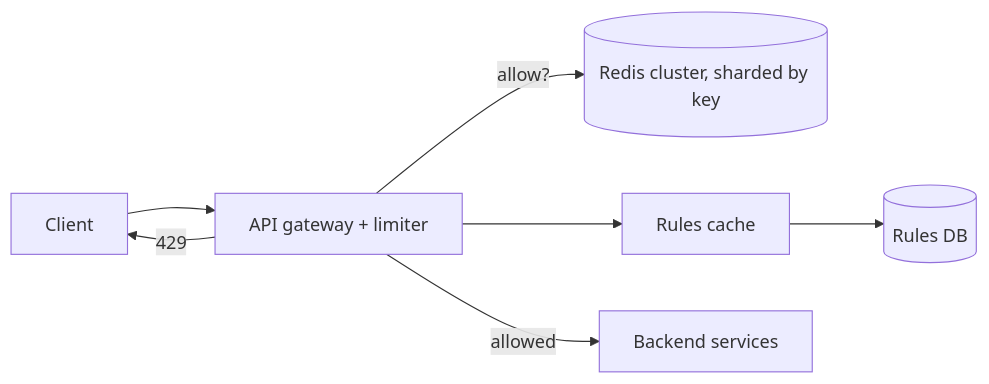
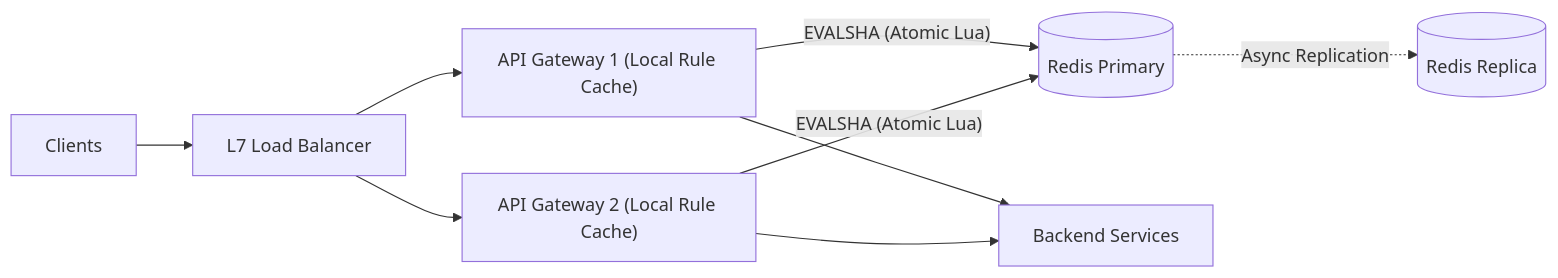
One commit to TapanKumarBarik/Backend-roadmap changed the second of 5 diagrams in content/system-design/22-interview-design-problems/02-rate-limiter/README.md. Above: the diagram before and after it, drawn with Mermaid. The commit also changed other lines of this file and 37 other files, not shown here.

Commit message:
Upgrade Track 22 (37 interview design problems) with scale-by-scale architecture evolution

````diff
--- a/content/system-design/22-interview-design-problems/02-rate-limiter/README.md
+++ b/content/system-design/22-interview-design-problems/02-rate-limiter/README.md
@@ -105,9 +144,11 @@
 ```mermaid
 flowchart LR
-  C["Client"] --> G["API gateway + limiter"]
-  G -- "allow?" --> R[("Redis cluster, sharded by key")]
-  G --> RC["Rules cache"]
-  RC --> RS[("Rules DB")]
-  G -- "allowed" --> S["Backend services"]
-  G -- "429" --> C
+  C["Clients"] --> LB["L7 Load Balancer"]
+  LB --> GW1["API Gateway 1 (Local Rule Cache)"]
+  LB --> GW2["API Gateway 2 (Local Rule Cache)"]
+  GW1 -- "EVALSHA (Atomic Lua)" --> R[("Redis Primary")]
+  GW2 -- "EVALSHA (Atomic Lua)" --> R
+  R -. "Async Replication" .-> RR[("Redis Replica")]
+  GW1 --> SVC["Backend Services"]
+  GW2 --> SVC
 ```
````
